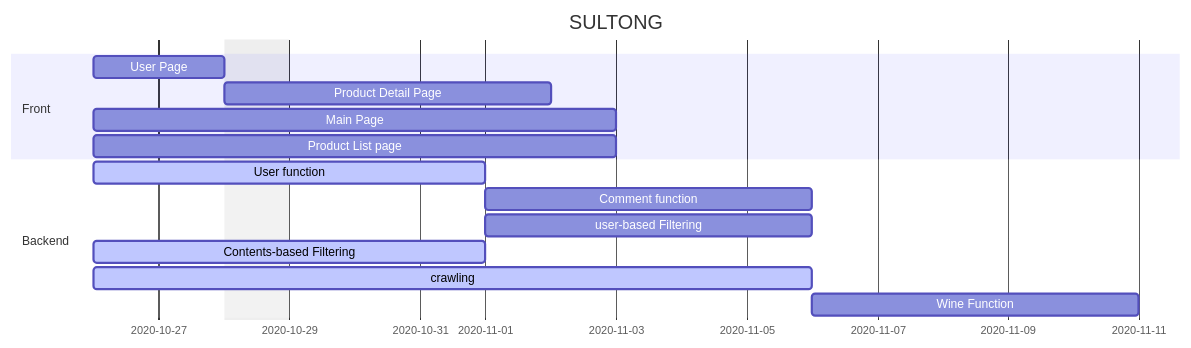
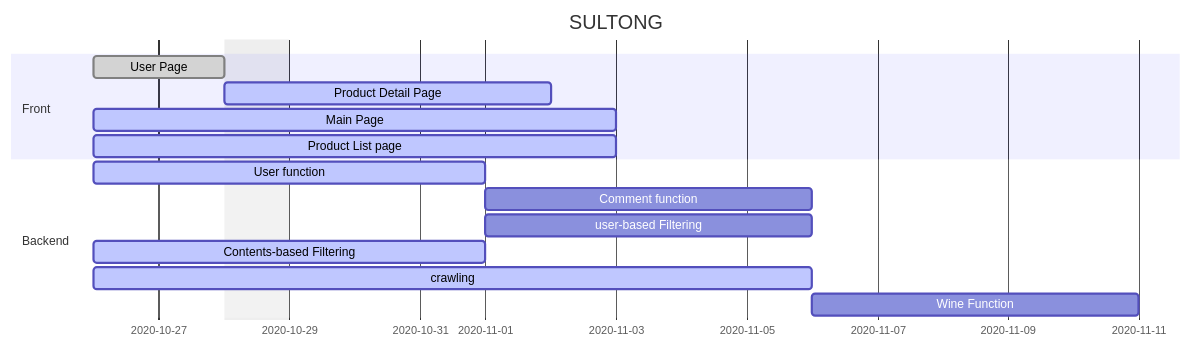
The diagram in README.md (ahrtz/wini), drawn with Mermaid before and after one commit. The commit also changed other lines of this file, not shown here.

Commit message:
[docs] - gantt chart

````diff
--- a/README.md
+++ b/README.md
@@ -3,25 +5,24 @@
 ```mermaid
 gantt
 dateFormat  YYYY-MM-DD
 title SULTONG
 excludes weekdays 2020-10-28
 
 section Front
 
-User Page               :done  		front1, 2020-10-26, 2d
-Product Detail Page 	:active		front2, after font1, 5d
-Main Page               :active  	front3, 2020-10-26, 7d
-Product List page       :active     front4, 2020-10-26, 7d
+User Page               :done,  		front1, 2020-10-26, 2d
+Product Detail Page 	:active,		front2, after font1, 5d
+Main Page               :active,  	front3, 2020-10-26, 7d
+Product List page       :active,     front4, 2020-10-26, 7d
 
 
 section Backend
 User function               :active,  back1, 2020-10-26, 5d
 
 Comment function            :         back4, after back1, 5d
 user-based Filtering      	:         back5, after back1, 5d
 Contents-based Filtering    :active,  back3, 2020-10-26, 5d
 crawling               		:active,  back2, 2020-10-26, 10d
 Wine Function 				:         back6, after back2, 5d
 
-
 ```
````
